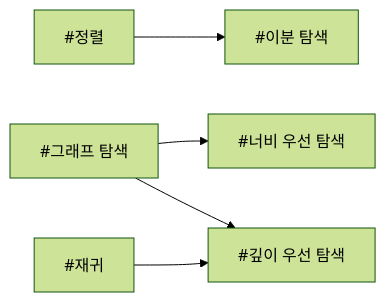
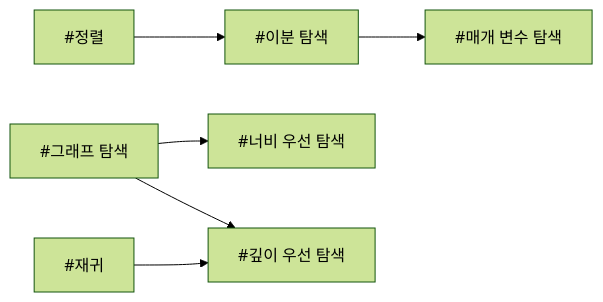
The third of 9 diagrams in index.md (CHOYUNSIG/algorithm_with_boj), drawn with Mermaid (forest theme) before and after one commit. The commit also changed other lines of this file and 2 other files, not shown here.

```diff
--- a/index.md
+++ b/index.md
@@ -73,15 +75,17 @@
 <pre class="mermaid">
     graph LR
 
     #sorting --> #binary_search
+    #binary_search --> #parametric_search
     #graph_traversal --> #bfs
     #graph_traversal --> #dfs
     #recursion --> #dfs
 
+    #graph_traversal[#그래프 탐색]
+    #dfs[#깊이 우선 탐색]
     #bfs[#너비 우선 탐색]
+    #parametric_search[#매개 변수 탐색]
     #binary_search[#이분 탐색]
-    #dfs[#깊이 우선 탐색]
-    #graph_traversal[#그래프 탐색]
     #recursion[#재귀]
     #sorting[#정렬]
 </pre>
```
